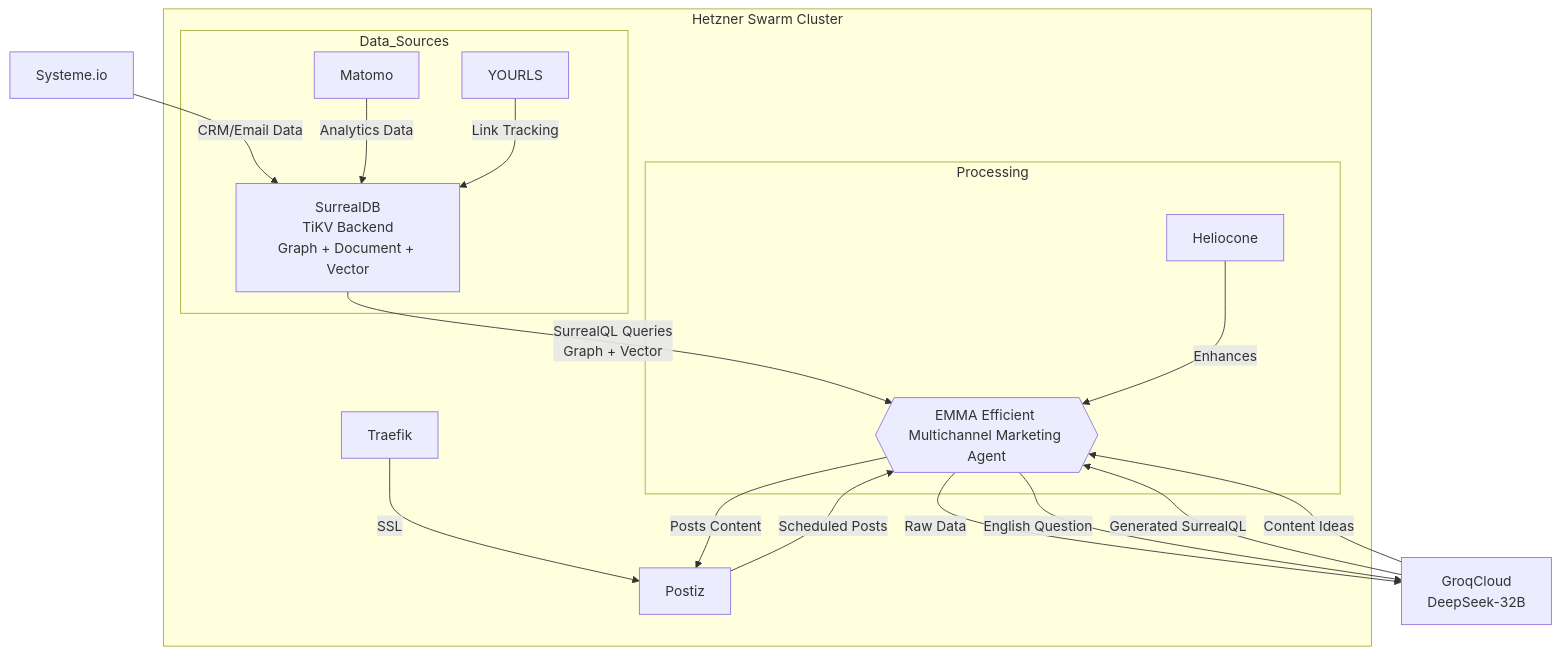
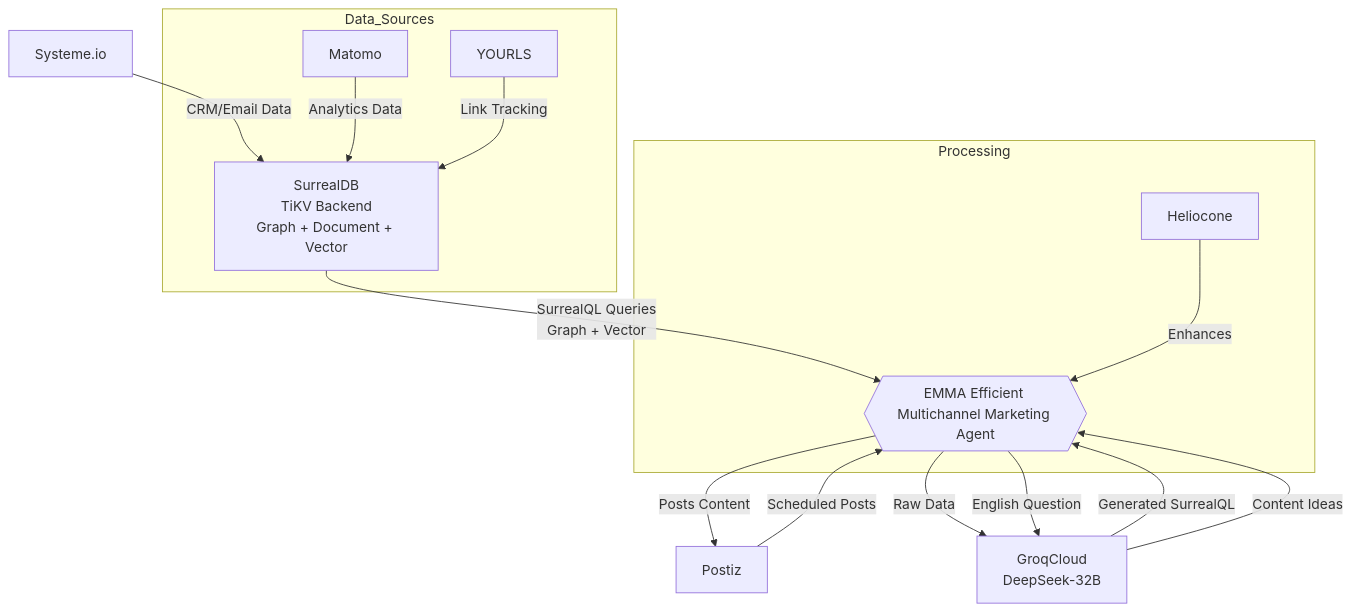
The third of 4 diagrams in projects/bnb/v6-b.md (deepbrainspace/deepbrain-stack), drawn with Mermaid before and after one commit. The commit also changed other lines of this file, not shown here.

````diff
--- a/projects/bnb/v6-b.md
+++ b/projects/bnb/v6-b.md
@@ -85,28 +85,26 @@
 ```mermaid
 graph TD
     G[Systeme.io] -->|CRM/Email Data| B[SurrealDB<br>TiKV Backend<br>Graph + Document + Vector]
-    subgraph Hetzner_CCX23_Cluster_Docker_Swarm[Hetzner Swarm Cluster]
-        A[Matomo] -->|Analytics Data| B
-        C[YOURLS] -->|Link Tracking| B
-        J[Traefik] -->|SSL| D[Postiz]
-        D -->|Scheduled Posts| E{{EMMA Efficient Multichannel Marketing Agent}}
-        B -->|SurrealQL Queries<br>Graph + Vector| E
-        E -->|Posts Content| D
-        L[Heliocone] -->|Enhances| E
-        subgraph Data_Sources
-            A
-            B
-            C
-        end
+    A[Matomo] -->|Analytics Data| B
+    C[YOURLS] -->|Link Tracking| B
+    D -->|Scheduled Posts| E{{EMMA Efficient Multichannel Marketing Agent}}
+    B -->|SurrealQL Queries<br>Graph + Vector| E
+    E -->|Posts Content| D[Postiz]
+    L[Heliocone] -->|Enhances| E
+    subgraph Data_Sources
+        A
+        B
+        C
+    end
 
-        subgraph Processing
-            E
-            L
-        end
+    subgraph Processing
+        E
+        L
     end
+
     F -->|Generated SurrealQL| E
     E -->|Raw Data| F
     F -->|Content Ideas| E
         
     E -->|English Question| F[GroqCloud<br>DeepSeek-32B]
 ```
````
